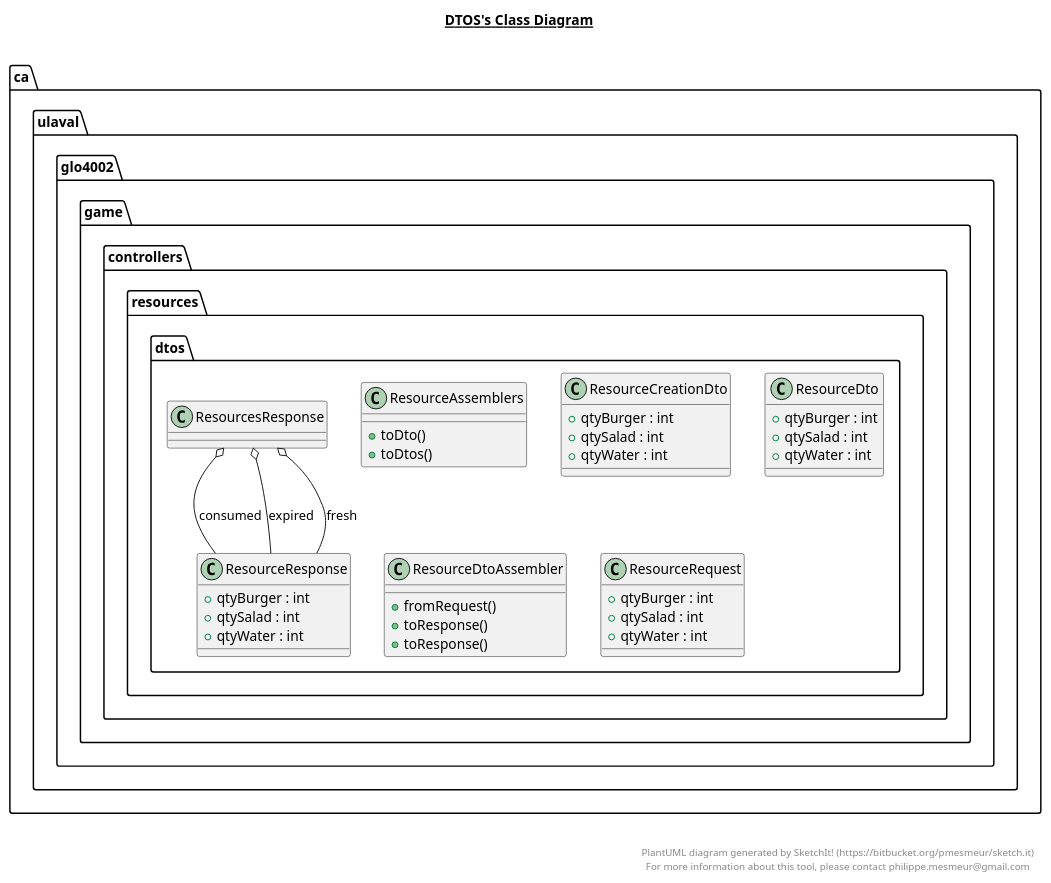
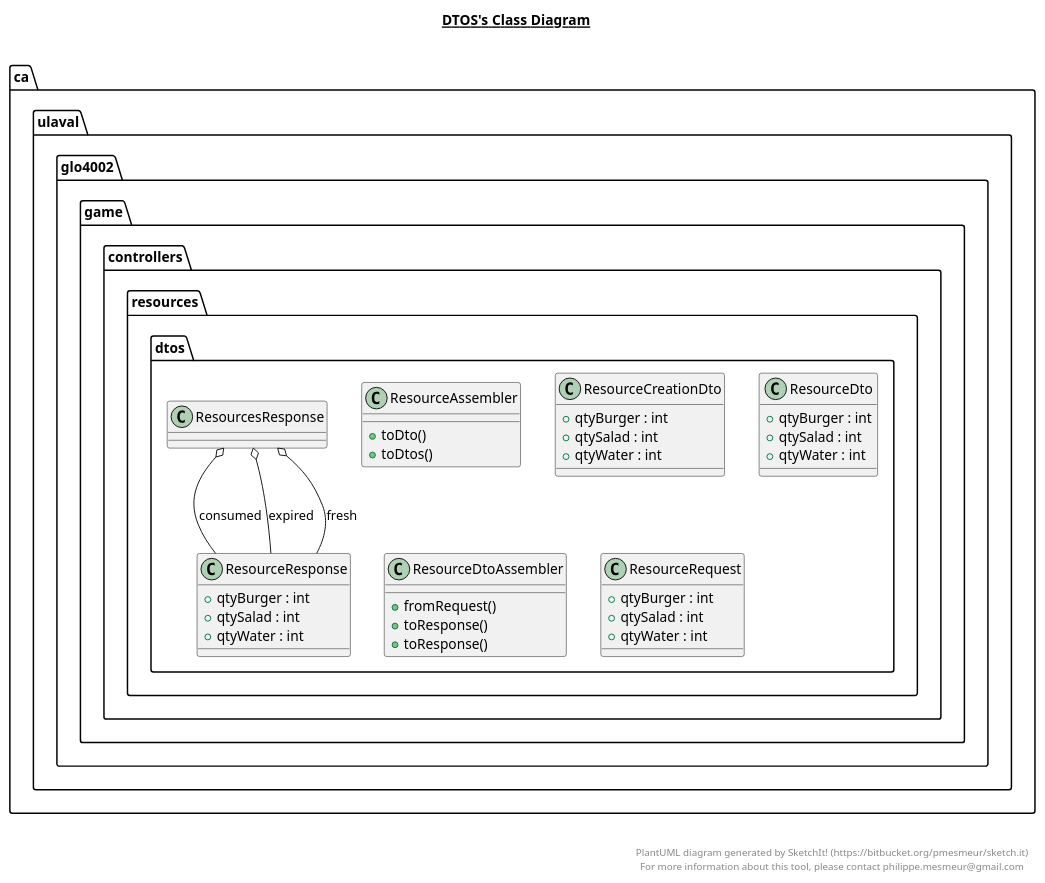
Before and after one commit to MALEC321/MEP7: the diagram in game-api/src/main/java/ca/ulaval/glo4002/game/controllers/resources/dtos/dtos.plantuml, drawn with PlantUML. The commit also changed 12 other files, not shown here.

```diff
--- a/game-api/src/main/java/ca/ulaval/glo4002/game/controllers/resources/dtos/dtos.plantuml
+++ b/game-api/src/main/java/ca/ulaval/glo4002/game/controllers/resources/dtos/dtos.plantuml
@@ -1,104 +1,104 @@
 @startuml
 
 title __DTOS's Class Diagram__\n
 
     namespace ca.ulaval.glo4002.game {
       namespace controllers.resources {
         namespace dtos {
-          class ca.ulaval.glo4002.game.controllers.resources.dtos.ResourceAssemblers {
+          class ca.ulaval.glo4002.game.controllers.resources.dtos.ResourceAssembler {
               + toDto()
               + toDtos()
           }
         }
       }
     }
   
 
     namespace ca.ulaval.glo4002.game {
       namespace controllers.resources {
         namespace dtos {
           class ca.ulaval.glo4002.game.controllers.resources.dtos.ResourceCreationDto {
               + qtyBurger : int
               + qtySalad : int
               + qtyWater : int
           }
         }
       }
     }
   
 
     namespace ca.ulaval.glo4002.game {
       namespace controllers.resources {
         namespace dtos {
           class ca.ulaval.glo4002.game.controllers.resources.dtos.ResourceDto {
               + qtyBurger : int
               + qtySalad : int
               + qtyWater : int
           }
         }
       }
     }
   
 
     namespace ca.ulaval.glo4002.game {
       namespace controllers.resources {
         namespace dtos {
           class ca.ulaval.glo4002.game.controllers.resources.dtos.ResourceDtoAssembler {
               + fromRequest()
               + toResponse()
               + toResponse()
           }
         }
       }
     }
   
 
     namespace ca.ulaval.glo4002.game {
       namespace controllers.resources {
         namespace dtos {
           class ca.ulaval.glo4002.game.controllers.resources.dtos.ResourceRequest {
               + qtyBurger : int
               + qtySalad : int
               + qtyWater : int
           }
         }
       }
     }
   
 
     namespace ca.ulaval.glo4002.game {
       namespace controllers.resources {
         namespace dtos {
           class ca.ulaval.glo4002.game.controllers.resources.dtos.ResourceResponse {
               + qtyBurger : int
               + qtySalad : int
               + qtyWater : int
           }
         }
       }
     }
   
 
     namespace ca.ulaval.glo4002.game {
       namespace controllers.resources {
         namespace dtos {
           class ca.ulaval.glo4002.game.controllers.resources.dtos.ResourcesResponse {
           }
         }
       }
     }
   
 
   ca.ulaval.glo4002.game.controllers.resources.dtos.ResourcesResponse o-- ca.ulaval.glo4002.game.controllers.resources.dtos.ResourceResponse : consumed
   ca.ulaval.glo4002.game.controllers.resources.dtos.ResourcesResponse o-- ca.ulaval.glo4002.game.controllers.resources.dtos.ResourceResponse : expired
   ca.ulaval.glo4002.game.controllers.resources.dtos.ResourcesResponse o-- ca.ulaval.glo4002.game.controllers.resources.dtos.ResourceResponse : fresh
 
 
 right footer
 
 
 PlantUML diagram generated by SketchIt! (https://bitbucket.org/pmesmeur/sketch.it)
 For more information about this tool, please contact philippe.mesmeur@gmail.com
 endfooter
 
 @enduml
```
